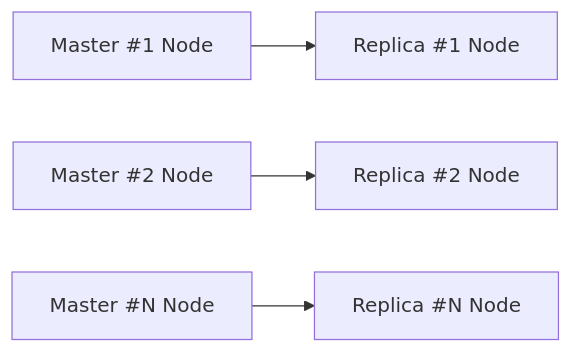
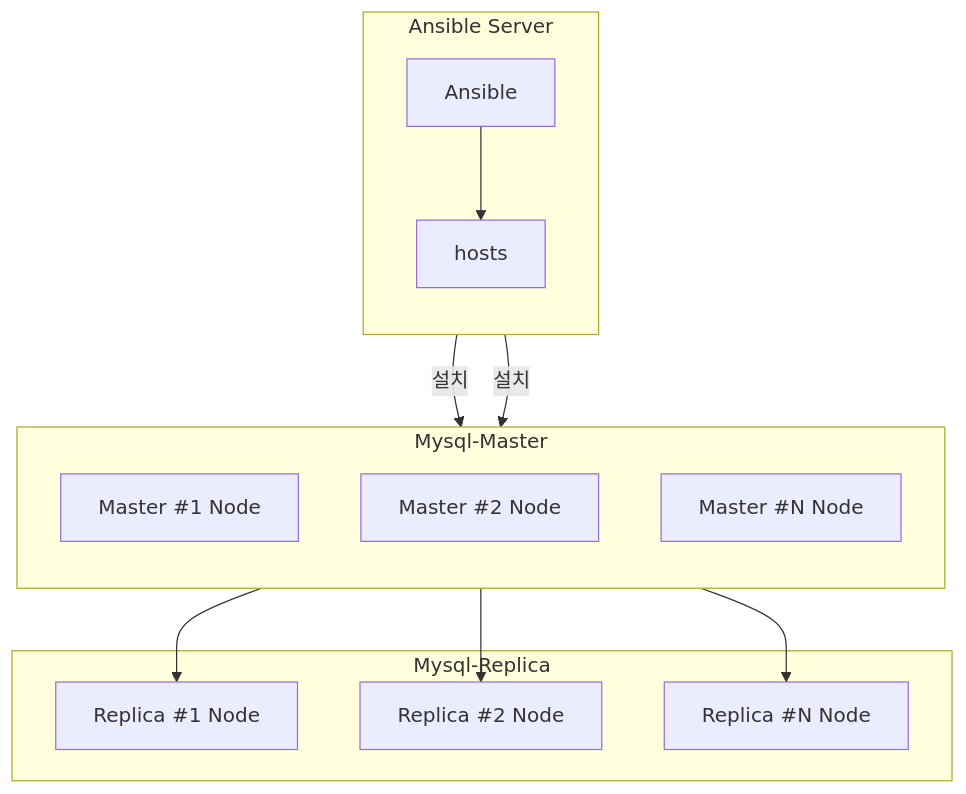
Before and after one commit to QubitSecurity/howto: the diagram in rocky9/app/mysql/ansible_install/readme.md, drawn with Mermaid.

````diff
--- a/rocky9/app/mysql/ansible_install/readme.md
+++ b/rocky9/app/mysql/ansible_install/readme.md
@@ -31,16 +31,40 @@
 ```mermaid
-graph LR
+graph TD;
+
+    %% Define layout direction and spacing
+    %% style Ansible_Server fill:#f9f,stroke:#333,stroke-width:2px,height:200px;
+    %% style Zookeeper fill:#cfc,stroke:#333,stroke-width:2px;
+
+
+    %% Ansible Server Section
+    subgraph Ansible_Server[Ansible Server]
+        direction TB
+        Ansible1[Ansible]
+        hosts[hosts]
+        
+        Ansible1 --> hosts
+    end
+
+    %% Zookeeper Section
+    subgraph Mysql-Master[Mysql-Master]
+        direction TB
         Master1[Master #1 Node]
-        Replica1[Replica #1 Node]
+		Master2[Master #2 Node]
+		MasterN[Master #N Node]
+		
+	end
+	    
+	subgraph Mysql-Replica[Mysql-Replica]
+        Replica1[Replica #1 Node]      
+        Replica2[Replica #2 Node]
+        ReplicaN[Replica #N Node]
+    end
 
-        Master2[Master #2 Node]
-        Replica2[Replica #2 Node]
 
-        MasterN[Master #N Node]
-        ReplicaN[Replica #N Node]
+    hosts -->|설치| Mysql-Master
+	hosts -->|설치| Mysql-Master
 
     Master1 --> Replica1
     Master2 --> Replica2
     MasterN --> ReplicaN
-
 ```
````
